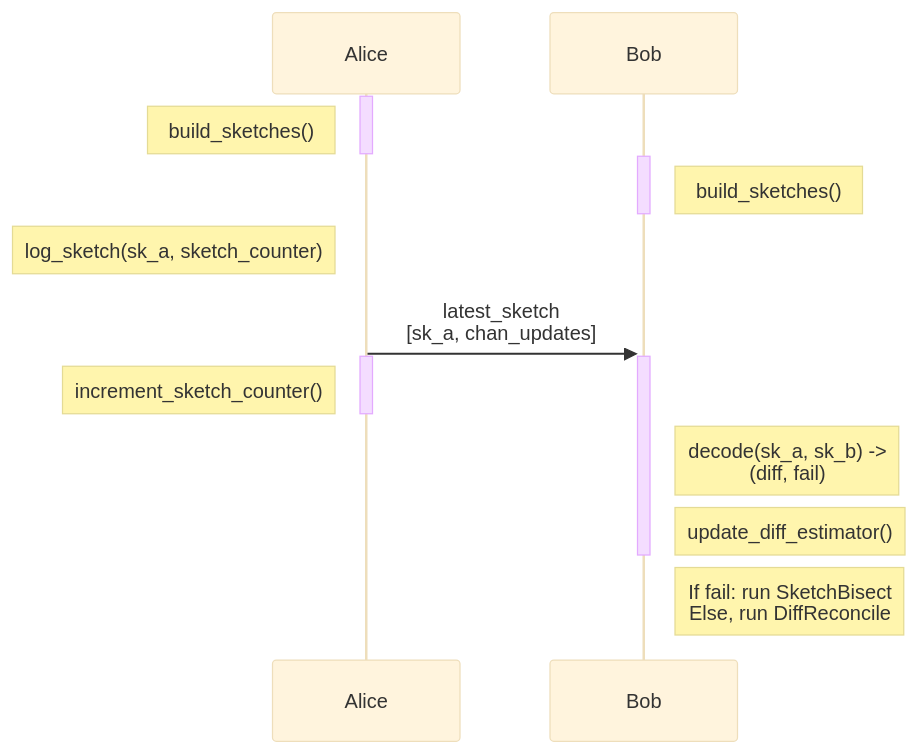
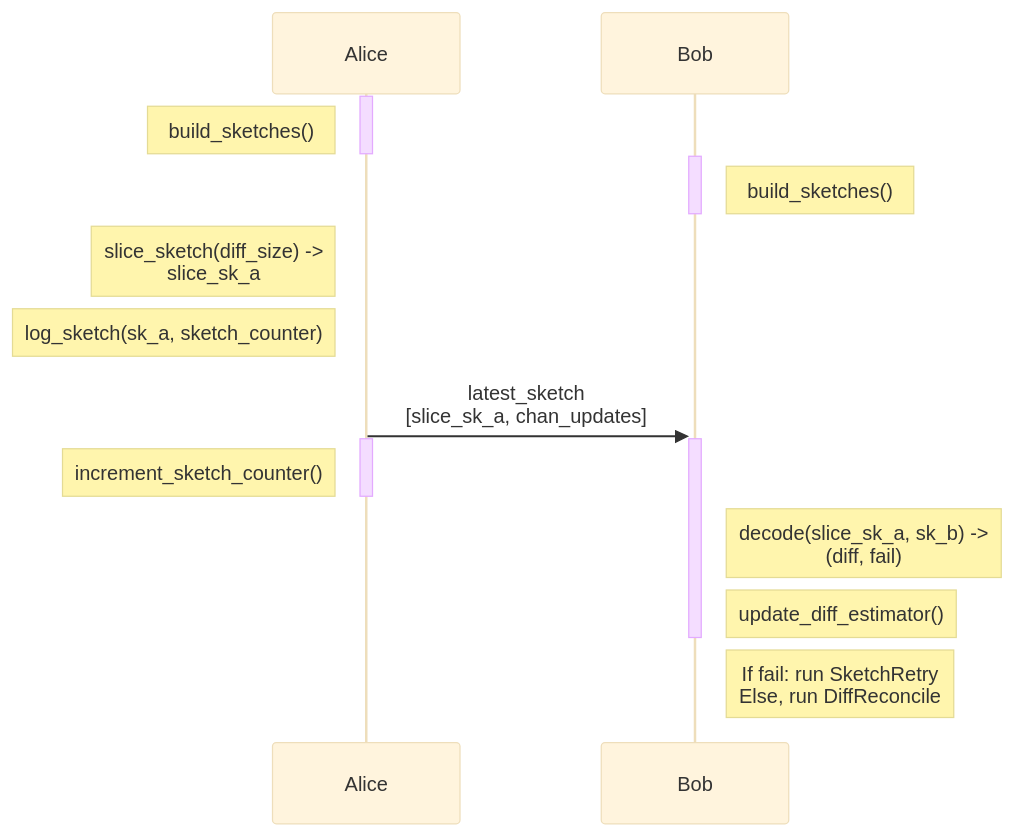
Before and after one commit to jharveyb/bolts: the first of 3 diagrams in bolt-gossip-minisketch.md, drawn with Mermaid (base theme). The commit also changed other lines of this file, not shown here.

First line of the commit message:
remove sketch bisection support

````diff
--- a/bolt-gossip-minisketch.md
+++ b/bolt-gossip-minisketch.md
@@ -130,23 +111,24 @@
 ```mermaid
 sequenceDiagram
     participant A as Alice
     participant B as Bob
     activate A
     Note left of A: build_sketches()
     deactivate A
 
     activate B
     Note right of B: build_sketches()
     deactivate B
 
+    Note left of A: slice_sketch(diff_size) -><br/>slice_sk_a
     Note left of A: log_sketch(sk_a, sketch_counter)
-    A->>+B: latest_sketch<br/>[sk_a, chan_updates]
+    A->>+B: latest_sketch<br/>[slice_sk_a, chan_updates]
     activate A
     Note left of A: increment_sketch_counter()
     deactivate A
-    Note right of B: decode(sk_a, sk_b) -><br/>(diff, fail)
+    Note right of B: decode(slice_sk_a, sk_b) -><br/>(diff, fail)
     Note right of B: update_diff_estimator()
     deactivate B
 
-    Note right of B: If fail: run SketchBisect<br/>Else, run DiffReconcile
+    Note right of B: If fail: run SketchRetry<br/>Else, run DiffReconcile
 ```
````
